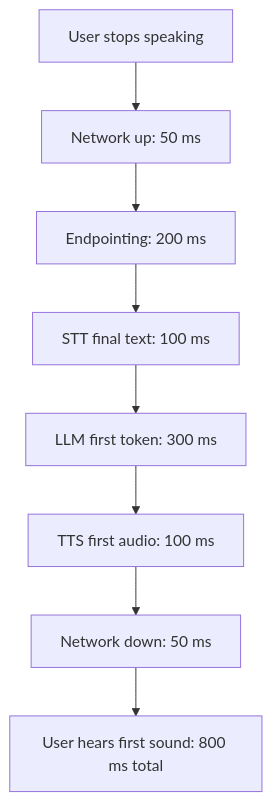
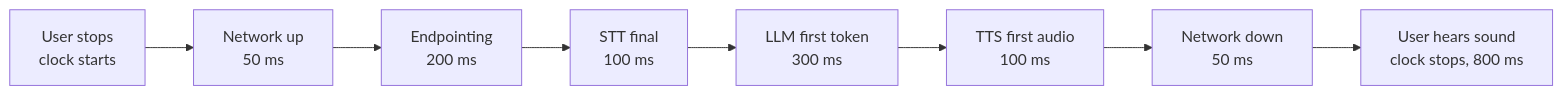
One commit to kaisarnajar/outcome-school-blogs changed the first of 2 diagrams in notes/step-16-ai-infrastructure-deployment-and-system-design/208-voice-agent-latency-budget.md. Above: the diagram before and after it, drawn with Mermaid. The commit also changed other lines of this file and 233 other files, not shown here.

````diff
--- a/notes/step-16-ai-infrastructure-deployment-and-system-design/208-voice-agent-latency-budget.md
+++ b/notes/step-16-ai-infrastructure-deployment-and-system-design/208-voice-agent-latency-budget.md
@@ -59,10 +73,10 @@
 ```mermaid
-flowchart TD
-    A["User stops speaking"] --> B["Network up: 50 ms"]
-    B --> C["Endpointing: 200 ms"]
-    C --> D["STT final text: 100 ms"]
-    D --> E["LLM first token: 300 ms"]
-    E --> F["TTS first audio: 100 ms"]
-    F --> G["Network down: 50 ms"]
-    G --> H["User hears first sound: 800 ms total"]
+flowchart LR
+  A1["User stops<br/>clock starts"] --> B1["Network up<br/>50 ms"]
+  B1 --> C1["Endpointing<br/>200 ms"]
+  C1 --> D1["STT final<br/>100 ms"]
+  D1 --> E1["LLM first token<br/>300 ms"]
+  E1 --> F1["TTS first audio<br/>100 ms"]
+  F1 --> G1["Network down<br/>50 ms"]
+  G1 --> H1["User hears sound<br/>clock stops, 800 ms"]
 ```
````
